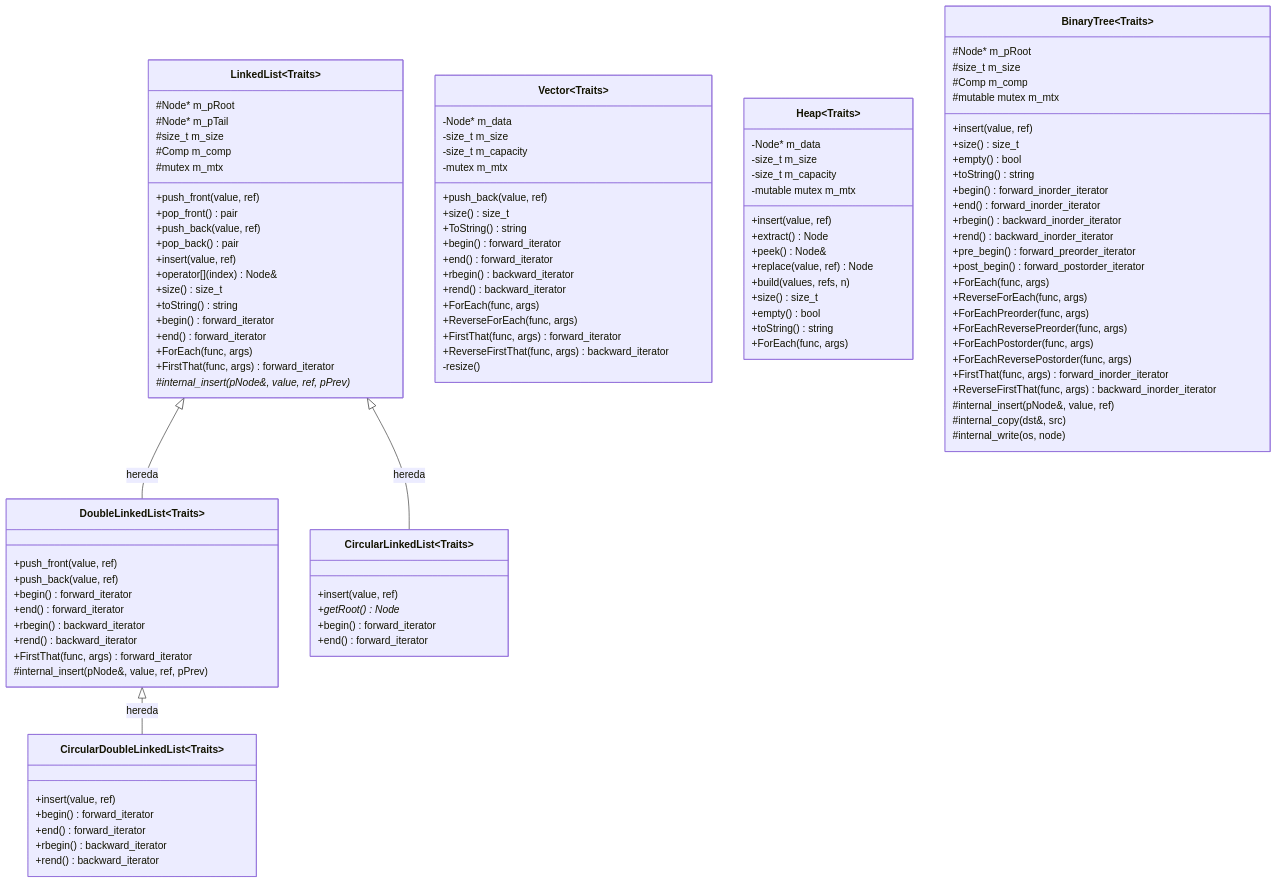
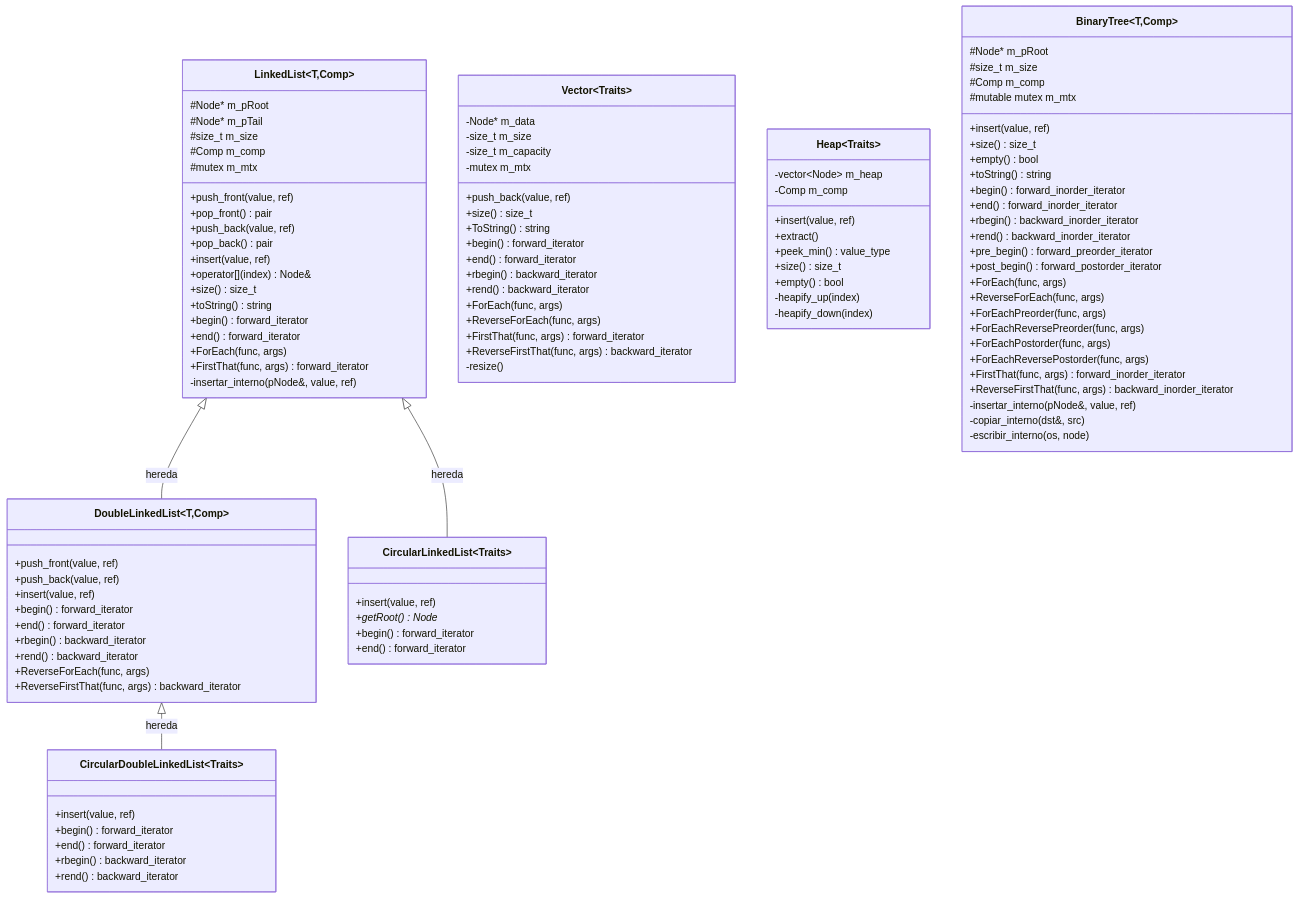
Before and after one commit to Camilo-vinatea/2026-I-MCC001-AED: the first of 10 diagrams in README.md, drawn with Mermaid. The commit also changed other lines of this file and 1 other file, not shown here.

````diff
--- a/README.md
+++ b/README.md
@@ -9,6 +9,6 @@
 ```mermaid
 classDiagram
-    class LinkedList~Traits~ {
+    class LinkedList~T,Comp~ {
         #Node* m_pRoot
         #Node* m_pTail
         #size_t m_size
@@ -26,18 +26,19 @@
         +end() forward_iterator
         +ForEach(func, args)
         +FirstThat(func, args) forward_iterator
-        #internal_insert(pNode&, value, ref, pPrev)*
+        -insertar_interno(pNode&, value, ref)
     }
 
-    class DoubleLinkedList~Traits~ {
+    class DoubleLinkedList~T,Comp~ {
         +push_front(value, ref)
         +push_back(value, ref)
+        +insert(value, ref)
         +begin() forward_iterator
         +end() forward_iterator
         +rbegin() backward_iterator
         +rend() backward_iterator
-        +FirstThat(func, args) forward_iterator
-        #internal_insert(pNode&, value, ref, pPrev)
+        +ReverseForEach(func, args)
+        +ReverseFirstThat(func, args) backward_iterator
     }
 
     class CircularLinkedList~Traits~ {
@@ -75,22 +76,18 @@
     }
 
     class Heap~Traits~ {
-        -Node* m_data
-        -size_t m_size
-        -size_t m_capacity
-        -mutable mutex m_mtx
+        -vector~Node~ m_heap
+        -Comp m_comp
         +insert(value, ref)
-        +extract() Node
-        +peek() Node&
-        +replace(value, ref) Node
-        +build(values, refs, n)
+        +extract()
+        +peek_min() value_type
         +size() size_t
         +empty() bool
-        +toString() string
-        +ForEach(func, args)
+        -heapify_up(index)
+        -heapify_down(index)
     }
 
-    class BinaryTree~Traits~ {
+    class BinaryTree~T,Comp~ {
         #Node* m_pRoot
         #size_t m_size
         #Comp m_comp
@@ -113,9 +110,9 @@
         +ForEachReversePostorder(func, args)
         +FirstThat(func, args) forward_inorder_iterator
         +ReverseFirstThat(func, args) backward_inorder_iterator
-        #internal_insert(pNode&, value, ref)
-        #internal_copy(dst&, src)
-        #internal_write(os, node)
+        -insertar_interno(pNode&, value, ref)
+        -copiar_interno(dst&, src)
+        -escribir_interno(os, node)
     }
 
     LinkedList <|-- DoubleLinkedList : hereda
````
